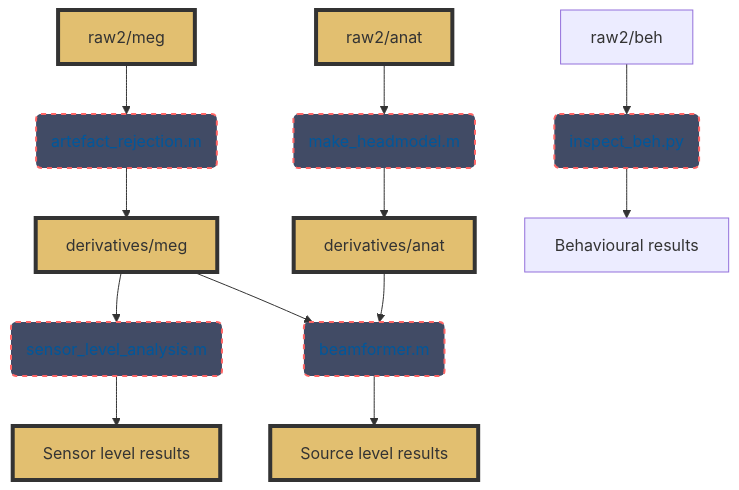
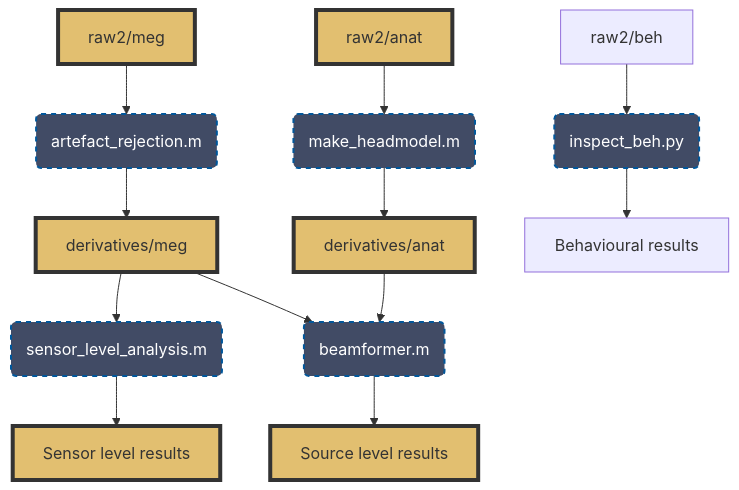
The diagram in README.md (henneysq/meg-ahat), drawn with Mermaid before and after one commit.

````diff
--- a/README.md
+++ b/README.md
@@ -41,26 +41,26 @@
 ```mermaid
 graph TD;
     A[raw2/meg]-->a(artefact_rejection.m)-->B[derivatives/meg];
     
     B-->b(sensor_level_analysis.m)-->D[Sensor level results]
 
     C[raw2/anat]-->c( make_headmodel.m)-->E[derivatives/anat]
     
     d(beamformer.m)
     B-->d-->F[Source level results]
     E-->d
 
     G[raw2/beh]-->e(inspect_beh.py)-->H[Behavioural results]
     
-    style a fill:#414b65,stroke:#f66,stroke-width:2px,color:#01579b,stroke-dasharray: 5 5
-    style b fill:#414b65,stroke:#f66,stroke-width:2px,color:#01579b,stroke-dasharray: 5 5
-    style c fill:#414b65,stroke:#f66,stroke-width:2px,color:#01579b,stroke-dasharray: 5 5
-    style d fill:#414b65,stroke:#f66,stroke-width:2px,color:#01579b,stroke-dasharray: 5 5
-    style e fill:#414b65,stroke:#f66,stroke-width:2px,color:#01579b,stroke-dasharray: 5 5
+    style a fill:#414b65,stroke:#01579b,stroke-width:2px,color:#FFFFFF,stroke-dasharray: 5 5
+    style b fill:#414b65,stroke:#01579b,stroke-width:2px,color:#FFFFFF,stroke-dasharray: 5 5
+    style c fill:#414b65,stroke:#01579b,stroke-width:2px,color:#FFFFFF,stroke-dasharray: 5 5
+    style d fill:#414b65,stroke:#01579b,stroke-width:2px,color:#FFFFFF,stroke-dasharray: 5 5
+    style e fill:#414b65,stroke:#01579b,stroke-width:2px,color:#FFFFFF,stroke-dasharray: 5 5
     style A fill:#e2bf70,stroke:#333,stroke-width:4px
     style B fill:#e2bf70,stroke:#333,stroke-width:4px
     style C fill:#e2bf70,stroke:#333,stroke-width:4px
     style D fill:#e2bf70,stroke:#333,stroke-width:4px
     style E fill:#e2bf70,stroke:#333,stroke-width:4px
     style F fill:#e2bf70,stroke:#333,stroke-width:4px
 ```
````
